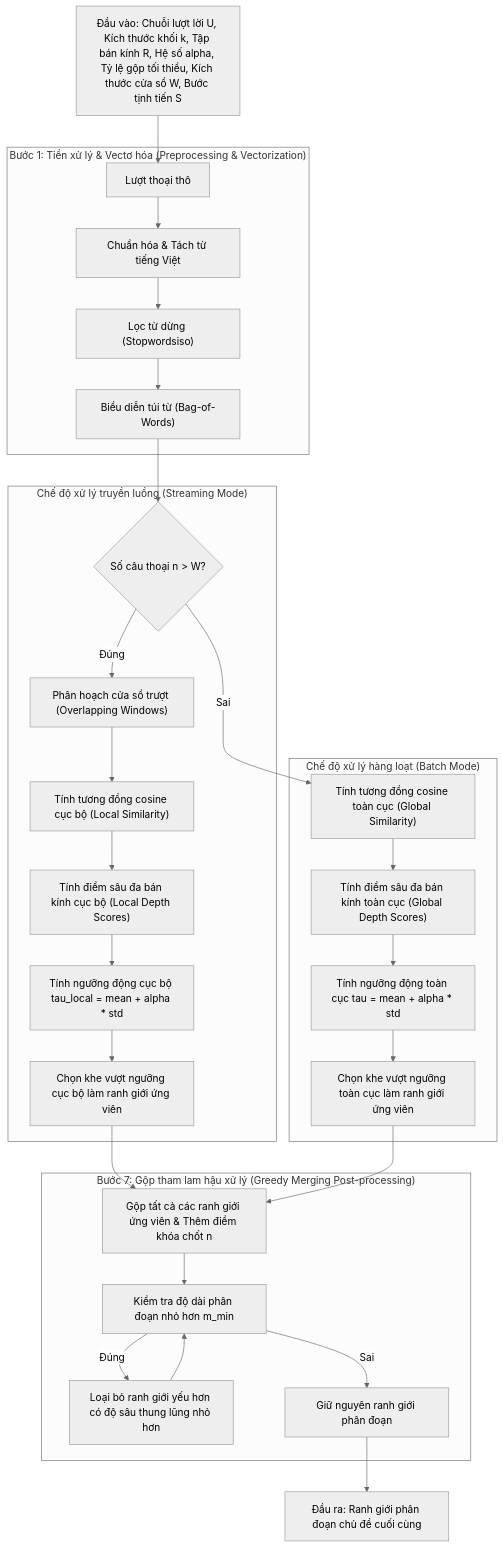
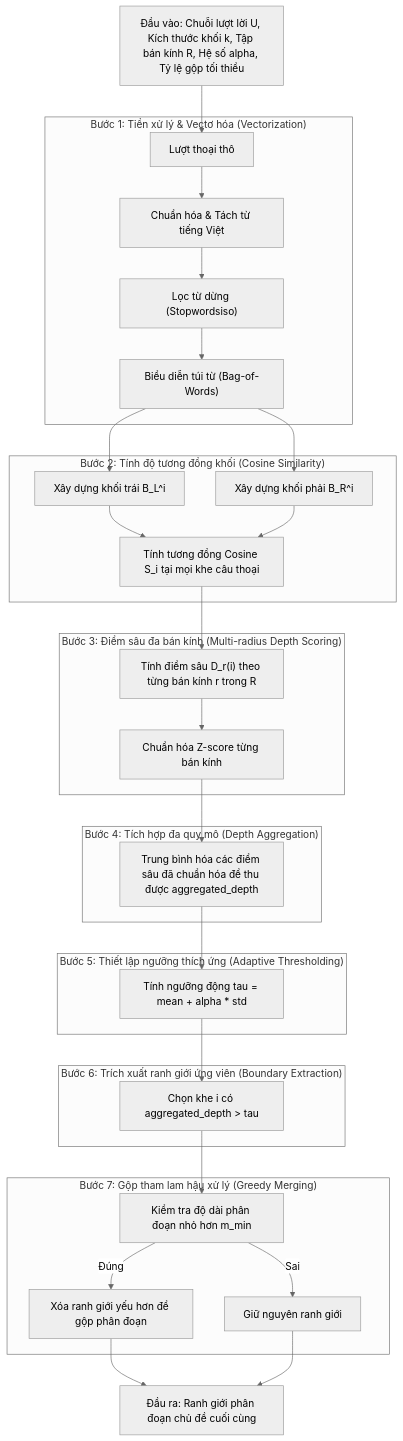
One commit to quangkmhd/AIP491_G5_SU26_hierarchical-highlights-summarizer changed the second of 2 diagrams in report_compilation/Khoa_luan_Streaming_Meeting_Summary_hoan_chinh.md. Above: the diagram before and after it, drawn with Mermaid (neutral theme). The commit also changed other lines of this file, not shown here.

````diff
--- a/report_compilation/Khoa_luan_Streaming_Meeting_Summary_hoan_chinh.md
+++ b/report_compilation/Khoa_luan_Streaming_Meeting_Summary_hoan_chinh.md
@@ -342,40 +243,55 @@
 ```mermaid
 graph TD
     %% Input
-    Input["Đầu vào: Chuỗi lượt lời U, Kích thước khối k, Tập bán kính R, Hệ số alpha, Tỷ lệ gộp tối thiểu, Kích thước cửa sổ W, Bước tịnh tiến S"] --> Raw
+    Input["Đầu vào: Chuỗi lượt lời U, Kích thước khối k, Tập bán kính R, Hệ số alpha, Tỷ lệ gộp tối thiểu"] --> Raw
 
-    subgraph Step1["Bước 1: Tiền xử lý & Vectơ hóa (Preprocessing & Vectorization)"]
+    subgraph Step1["Bước 1: Tiền xử lý & Vectơ hóa (Vectorization)"]
         Raw["Lượt thoại thô"] --> Tokenize["Chuẩn hóa & Tách từ tiếng Việt"]
         Tokenize --> Stopwords["Lọc từ dừng (Stopwordsiso)"]
         Stopwords --> BoW["Biểu diễn túi từ (Bag-of-Words)"]
     end
 
-    BoW --> ModeDecision{Số câu thoại n > W?}
+    BoW --> Left
+    BoW --> Right
 
-    subgraph ModeStreaming["Chế độ xử lý truyền luồng (Streaming Mode)"]
-        ModeDecision -->|"Đúng"| Partition["Phân hoạch cửa sổ trượt (Overlapping Windows)"]
-        Partition --> LocalSimilarity["Tính tương đồng cosine cục bộ (Local Similarity)"]
-        LocalSimilarity --> LocalDepth["Tính điểm sâu đa bán kính cục bộ (Local Depth Scores)"]
-        LocalDepth --> LocalThreshold["Tính ngưỡng động cục bộ tau_local = mean + alpha * std"]
-        LocalThreshold --> LocalSelect["Chọn khe vượt ngưỡng cục bộ làm ranh giới ứng viên"]
+    subgraph Step2["Bước 2: Tính độ tương đồng khối (Cosine Similarity)"]
+        Left["Xây dựng khối trái B_L^i"]
+        Right["Xây dựng khối phải B_R^i"]
+        Left --> Cos["Tính tương đồng Cosine S_i tại mọi khe câu thoại"]
+        Right --> Cos
     end
 
-    subgraph ModeBatch["Chế độ xử lý hàng loạt (Batch Mode)"]
-        ModeDecision -->|"Sai"| GlobalSimilarity["Tính tương đồng cosine toàn cục (Global Similarity)"]
-        GlobalSimilarity --> GlobalDepth["Tính điểm sâu đa bán kính toàn cục (Global Depth Scores)"]
-        GlobalDepth --> GlobalThreshold["Tính ngưỡng động toàn cục tau = mean + alpha * std"]
-        GlobalThreshold --> GlobalSelect["Chọn khe vượt ngưỡng toàn cục làm ranh giới ứng viên"]
+    Cos --> Depth
+
+    subgraph Step3["Bước 3: Điểm sâu đa bán kính (Multi-radius Depth Scoring)"]
+        Depth["Tính điểm sâu D_r(i) theo từng bán kính r trong R"] --> Norm["Chuẩn hóa Z-score từng bán kính"]
     end
 
-    LocalSelect --> MergeCandidates["Gộp tất cả các ranh giới ứng viên & Thêm điểm khóa chốt n"]
-    GlobalSelect --> MergeCandidates
+    Norm --> Mean
 
-    subgraph Step7["Bước 7: Gộp tham lam hậu xử lý (Greedy Merging Post-processing)"]
-        MergeCandidates --> Check["Kiểm tra độ dài phân đoạn nhỏ hơn m_min"]
-        Check -->|"Đúng"| Merge["Loại bỏ ranh giới yếu hơn có độ sâu thung lũng nhỏ hơn"]
-        Check -->|"Sai"| Keep["Giữ nguyên ranh giới phân đoạn"]
-        Merge --> Check
+    subgraph Step4["Bước 4: Tích hợp đa quy mô (Depth Aggregation)"]
+        Mean["Trung bình hóa các điểm sâu đã chuẩn hóa để thu được aggregated_depth"]
     end
 
-    Keep --> Output["Đầu ra: Ranh giới phân đoạn chủ đề cuối cùng"]
+    Mean --> Threshold
+
+    subgraph Step5["Bước 5: Thiết lập ngưỡng thích ứng (Adaptive Thresholding)"]
+        Threshold["Tính ngưỡng động tau = mean + alpha * std"]
+    end
+
+    Threshold --> Select
+
+    subgraph Step6["Bước 6: Trích xuất ranh giới ứng viên (Boundary Extraction)"]
+        Select["Chọn khe i có aggregated_depth > tau"]
+    end
+
+    Select --> Check
+
+    subgraph Step7["Bước 7: Gộp tham lam hậu xử lý (Greedy Merging)"]
+        Check["Kiểm tra độ dài phân đoạn nhỏ hơn m_min"] -->|"Đúng"| Merge["Xóa ranh giới yếu hơn để gộp phân đoạn"]
+        Check -->|"Sai"| Keep["Giữ nguyên ranh giới"]
+    end
+
+    Merge --> Output["Đầu ra: Ranh giới phân đoạn chủ đề cuối cùng"]
+    Keep --> Output
 ```
````
